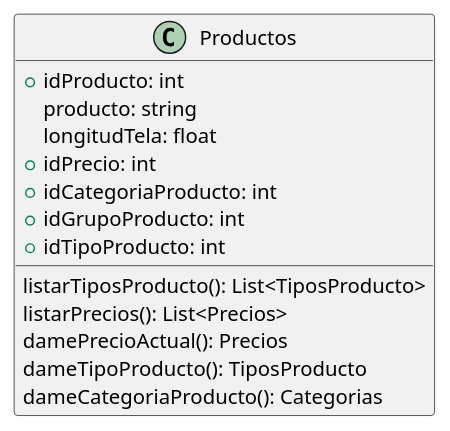
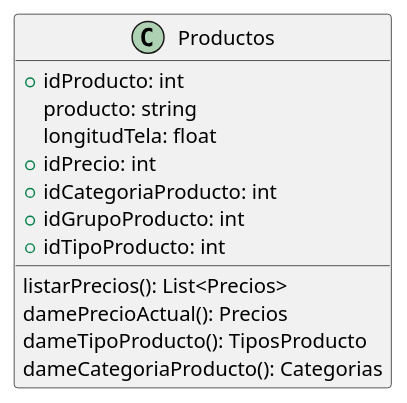
The diagram in DiagramaClases/Clases/Productos.puml (ZMGestion/DocumentacionZMGestion), drawn with PlantUML before and after one commit. The commit also changed 19 other files, not shown here.

Commit message:
Nuevo DiagramasDeSecuencia

```diff
--- a/DiagramaClases/Clases/Productos.puml
+++ b/DiagramaClases/Clases/Productos.puml
@@ -1,17 +1,16 @@
 @startuml Productos
 class Productos{
     +idProducto: int
     producto: string
     longitudTela: float
     +idPrecio: int
     +idCategoriaProducto: int
     +idGrupoProducto: int
     +idTipoProducto: int
 
-    listarTiposProducto(): List<TiposProducto>
     listarPrecios(): List<Precios>
     damePrecioActual(): Precios
     dameTipoProducto(): TiposProducto
     dameCategoriaProducto(): Categorias
 }
 @enduml
```
